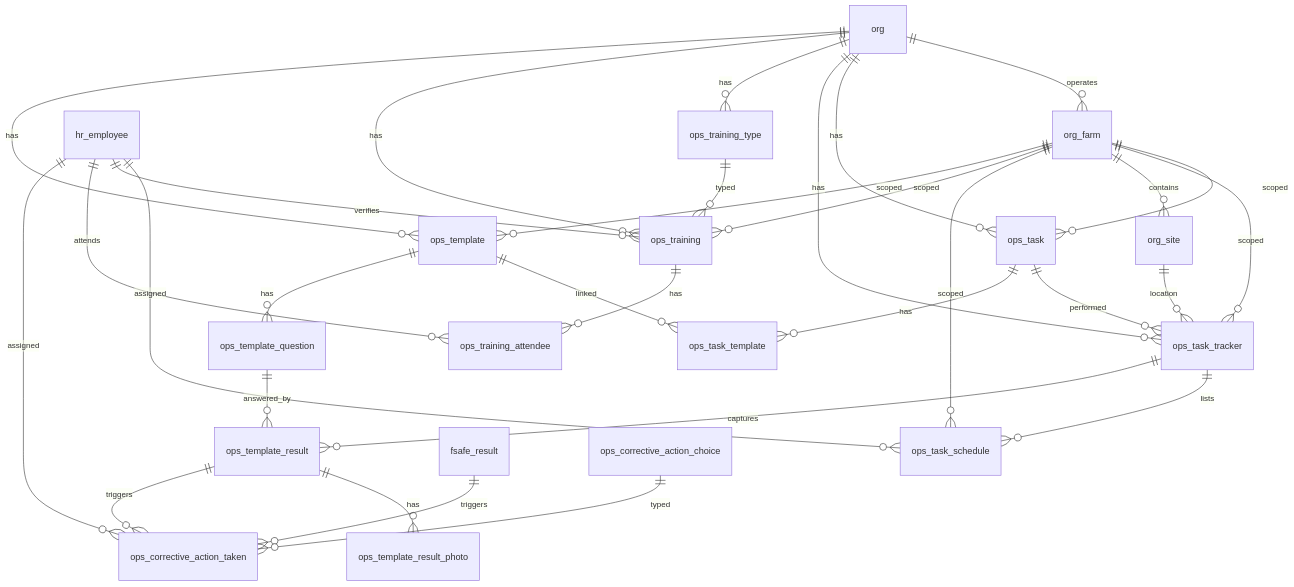
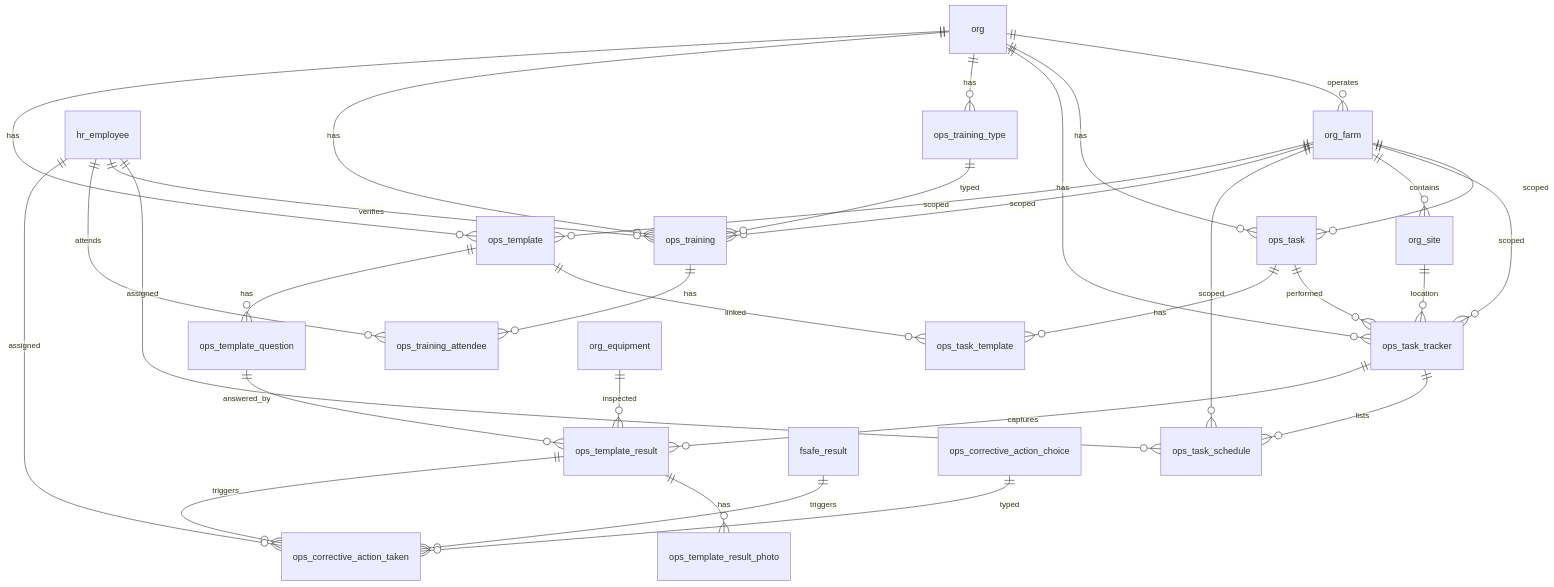
Before and after one commit to Hawaii-Farming/aloha-app: the diagram in docs/schemas/20260401000005_ops.md, drawn with Mermaid. The commit also changed other lines of this file and 34 other files, not shown here.

First line of the commit message:
Add business rules, schema updates, shipping traceability, and doc sync

````diff
--- a/docs/schemas/20260401000005_ops.md
+++ b/docs/schemas/20260401000005_ops.md
@@ -9,35 +9,36 @@
 ```mermaid
 erDiagram
     org ||--o{ org_farm : operates
     org ||--o{ ops_task : has
     org_farm ||--o{ ops_task : scoped
     org ||--o{ ops_task_tracker : has
     org_farm ||--o{ ops_task_tracker : scoped
     org_farm ||--o{ org_site : contains
     org_site ||--o{ ops_task_tracker : location
     ops_task ||--o{ ops_task_tracker : performed
     ops_task ||--o{ ops_task_template : has
     ops_template ||--o{ ops_task_template : linked
     ops_task_tracker ||--o{ ops_task_schedule : lists
     org_farm ||--o{ ops_task_schedule : scoped
     hr_employee ||--o{ ops_task_schedule : assigned
 
     org ||--o{ ops_training_type : has
     org ||--o{ ops_training : has
     org_farm ||--o{ ops_training : scoped
     ops_training_type ||--o{ ops_training : typed
     hr_employee ||--o{ ops_training : verifies
     ops_training ||--o{ ops_training_attendee : has
     hr_employee ||--o{ ops_training_attendee : attends
 
     org ||--o{ ops_template : has
     org_farm ||--o{ ops_template : scoped
     ops_template ||--o{ ops_template_question : has
     ops_template_question ||--o{ ops_template_result : answered_by
     ops_task_tracker ||--o{ ops_template_result : captures
+    org_equipment ||--o{ ops_template_result : inspected
     ops_template_result ||--o{ ops_template_result_photo : has
     ops_template_result ||--o{ ops_corrective_action_taken : triggers
     fsafe_result ||--o{ ops_corrective_action_taken : triggers
     ops_corrective_action_choice ||--o{ ops_corrective_action_taken : typed
     hr_employee ||--o{ ops_corrective_action_taken : assigned
 ```
````
